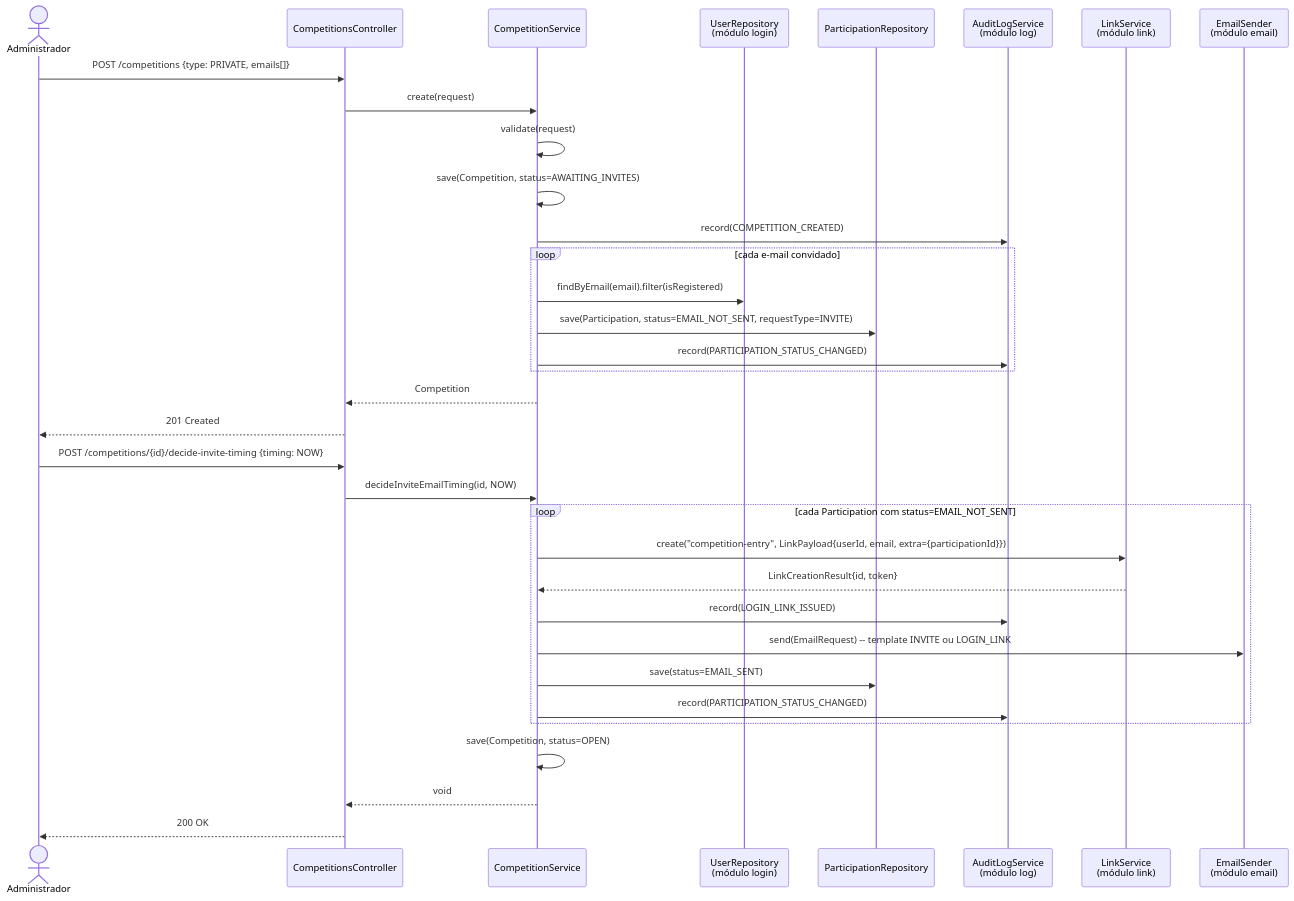
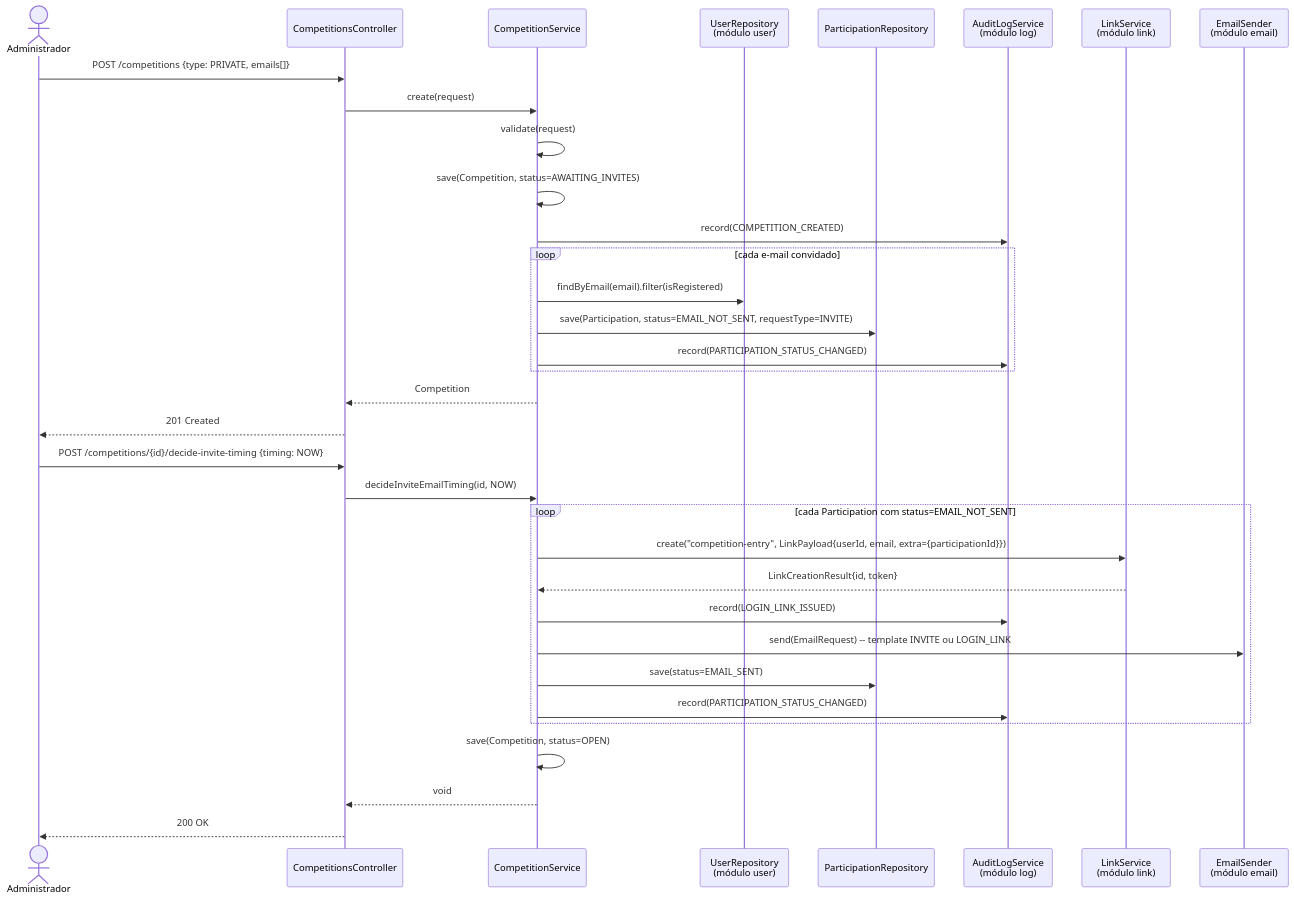
One commit to lalgarve/jogo-acoes changed diagram 17 of 21 in docs/diagrams/modulos.md. Above: the diagram before and after it, drawn with Mermaid. The commit also changed other lines of this file and 3 other files, not shown here.

First line of the commit message:
docs: update module diagrams for the login package split

````diff
--- a/docs/diagrams/modulos.md
+++ b/docs/diagrams/modulos.md
@@ -784,38 +854,38 @@
 ```mermaid
 sequenceDiagram
     actor A as Administrador
     participant CC as CompetitionsController
     participant CS as CompetitionService
-    participant UR as UserRepository<br/>(módulo login)
+    participant UR as UserRepository<br/>(módulo user)
     participant PR as ParticipationRepository
     participant AL as AuditLogService<br/>(módulo log)
     participant LiS as LinkService<br/>(módulo link)
     participant ES as EmailSender<br/>(módulo email)
 
     A->>CC: POST /competitions {type: PRIVATE, emails[]}
     CC->>CS: create(request)
     CS->>CS: validate(request)
     CS->>CS: save(Competition, status=AWAITING_INVITES)
     CS->>AL: record(COMPETITION_CREATED)
     loop cada e-mail convidado
         CS->>UR: findByEmail(email).filter(isRegistered)
         CS->>PR: save(Participation, status=EMAIL_NOT_SENT, requestType=INVITE)
         CS->>AL: record(PARTICIPATION_STATUS_CHANGED)
     end
     CS-->>CC: Competition
     CC-->>A: 201 Created
 
     A->>CC: POST /competitions/{id}/decide-invite-timing {timing: NOW}
     CC->>CS: decideInviteEmailTiming(id, NOW)
     loop cada Participation com status=EMAIL_NOT_SENT
         CS->>LiS: create("competition-entry", LinkPayload{userId, email, extra={participationId}})
         LiS-->>CS: LinkCreationResult{id, token}
         CS->>AL: record(LOGIN_LINK_ISSUED)
         CS->>ES: send(EmailRequest) -- template INVITE ou LOGIN_LINK
         CS->>PR: save(status=EMAIL_SENT)
         CS->>AL: record(PARTICIPATION_STATUS_CHANGED)
     end
     CS->>CS: save(Competition, status=OPEN)
     CS-->>CC: void
     CC-->>A: 200 OK
 ```
````
